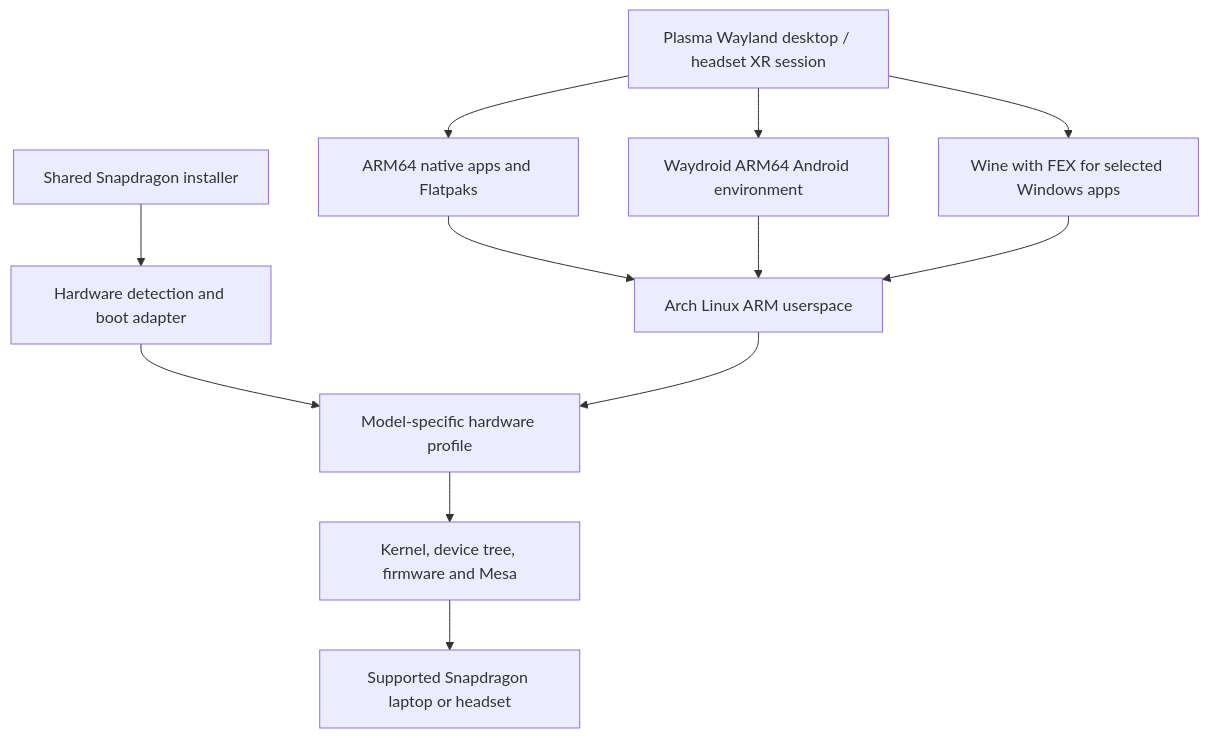
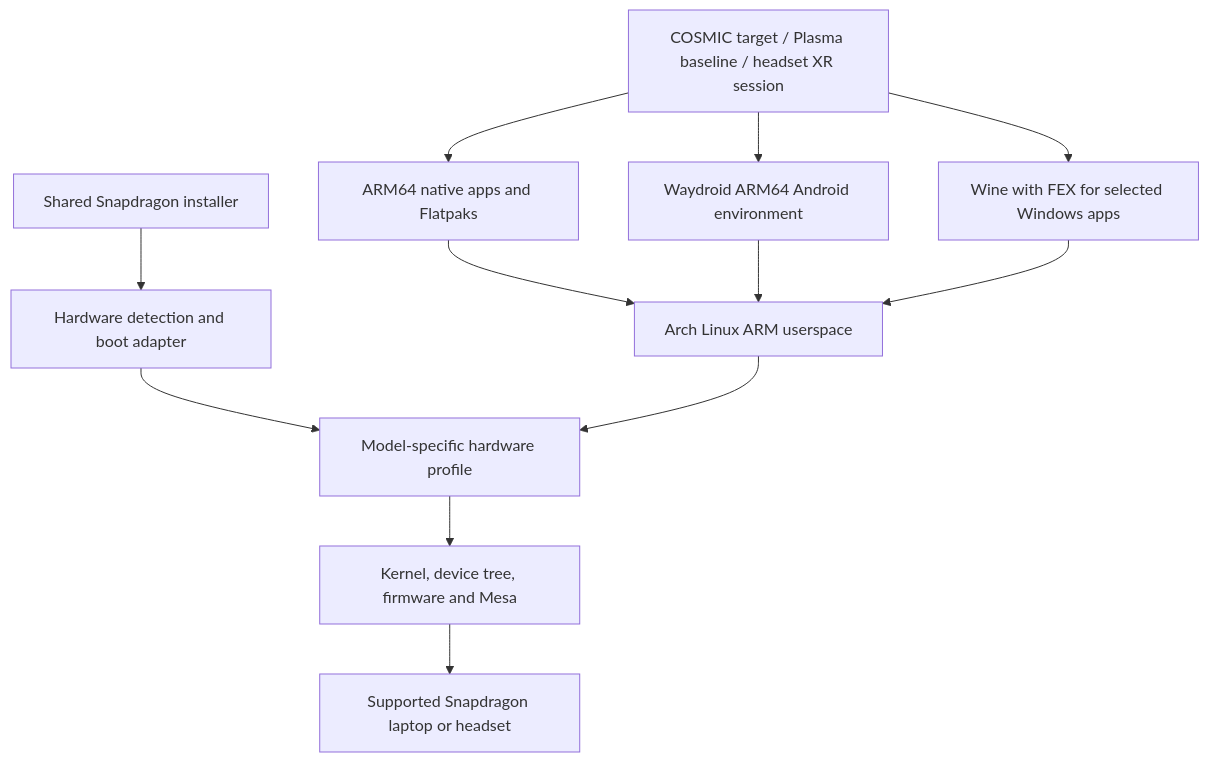
One commit to josethevrtech/MainFrameOS changed the diagram in docs/ARCHITECTURE.md. Above: the diagram before and after it, drawn with Mermaid. The commit also changed other lines of this file and 11 other files, not shown here.

````diff
--- a/docs/ARCHITECTURE.md
+++ b/docs/ARCHITECTURE.md
@@ -5,15 +5,15 @@
 ```mermaid
 flowchart TB
   Installer[Shared Snapdragon installer] --> Detection[Hardware detection and boot adapter]
   Detection --> Profile
-  Desktop[Plasma Wayland desktop / headset XR session]
+  Desktop[COSMIC target / Plasma baseline / headset XR session]
   Desktop --> Native[ARM64 native apps and Flatpaks]
   Desktop --> Android[Waydroid ARM64 Android environment]
   Desktop --> Windows[Wine with FEX for selected Windows apps]
   Native --> Base[Arch Linux ARM userspace]
   Android --> Base
   Windows --> Base
   Base --> Profile[Model-specific hardware profile]
   Profile --> Stack[Kernel, device tree, firmware and Mesa]
   Stack --> Hardware[Supported Snapdragon laptop or headset]
 ```
````
